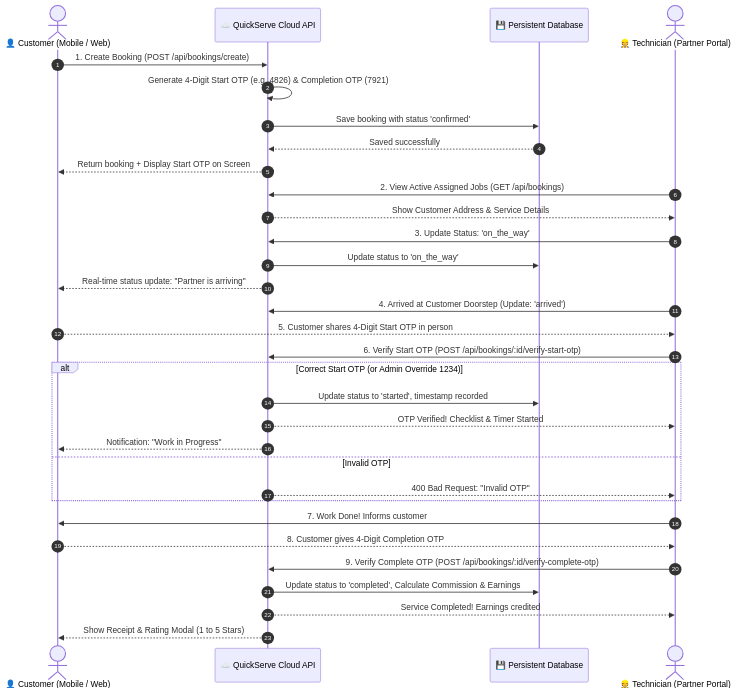
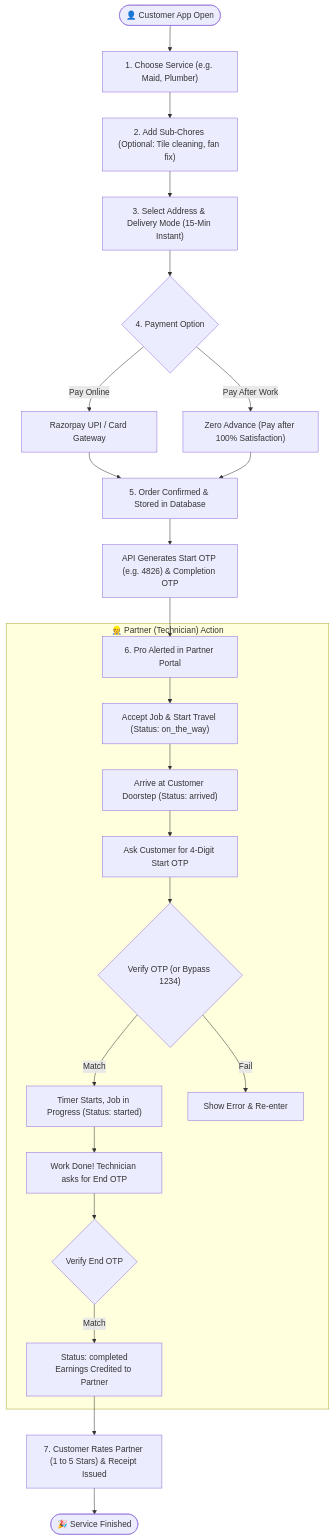
One commit to itssachin-385/QuickServe changed the second of 3 diagrams in QUICKSERVE_MASTER_HANDBOOK.md. Above: the diagram before and after it, drawn with Mermaid. The commit also changed other lines of this file and 4 other files, not shown here.

Commit message:
Fix auto-opening tracking modal on login and filter user bookings

````diff
--- a/QUICKSERVE_MASTER_HANDBOOK.md
+++ b/QUICKSERVE_MASTER_HANDBOOK.md
@@ -63,38 +74,29 @@
 ```mermaid
-sequenceDiagram
-    autonumber
-    actor Customer as 👤 Customer (Mobile / Web)
-    participant API as ☁️ QuickServe Cloud API
-    participant DB as 💾 Persistent Database
-    actor Partner as 👷 Technician (Partner Portal)
+flowchart TD
+    Start(["👤 Customer App Open"]) --> ChooseCat["1. Choose Service (e.g. Maid, Plumber)"]
+    ChooseCat --> StackChores["2. Add Sub-Chores (Optional: Tile cleaning, fan fix)"]
+    StackChores --> LocSelect["3. Select Address & Delivery Mode (15-Min Instant)"]
+    LocSelect --> PaySelect{"4. Payment Option"}
+    PaySelect -->|Pay Online| Razorpay["Razorpay UPI / Card Gateway"]
+    PaySelect -->|Pay After Work| ZeroAdv["Zero Advance (Pay after 100% Satisfaction)"]
+    Razorpay --> BkConfirmed["5. Order Confirmed & Stored in Database"]
+    ZeroAdv --> BkConfirmed
 
-    Customer->>API: 1. Create Booking (POST /api/bookings/create)
-    API->>API: Generate 4-Digit Start OTP (e.g. 4826) & Completion OTP (7921)
-    API->>DB: Save booking with status 'confirmed'
-    DB-->>API: Saved successfully
-    API-->>Customer: Return booking + Display Start OTP on Screen
-
-    Partner->>API: 2. View Active Assigned Jobs (GET /api/bookings)
-    API-->>Partner: Show Customer Address & Service Details
-    Partner->>API: 3. Update Status: 'on_the_way'
-    API->>DB: Update status to 'on_the_way'
-    API-->>Customer: Real-time status update: "Partner is arriving"
-
-    Partner->>API: 4. Arrived at Customer Doorstep (Update: 'arrived')
-    Customer-->>Partner: 5. Customer shares 4-Digit Start OTP in person
-    Partner->>API: 6. Verify Start OTP (POST /api/bookings/:id/verify-start-otp)
-    alt Correct Start OTP (or Admin Override 1234)
-        API->>DB: Update status to 'started', timestamp recorded
-        API-->>Partner: OTP Verified! Checklist & Timer Started
-        API-->>Customer: Notification: "Work in Progress"
-    else Invalid OTP
-        API-->>Partner: 400 Bad Request: "Invalid OTP"
+    BkConfirmed --> GenOTP["API Generates Start OTP (e.g. 4826) & Completion OTP"]
+    GenOTP --> AlertPro["6. Pro Alerted in Partner Portal"]
+    
+    subgraph PartnerFlow["👷 Partner (Technician) Action"]
+        AlertPro --> AcceptJob["Accept Job & Start Travel (Status: on_the_way)"]
+        AcceptJob --> ReachHome["Arrive at Customer Doorstep (Status: arrived)"]
+        ReachHome --> AskStartOTP["Ask Customer for 4-Digit Start OTP"]
+        AskStartOTP --> VerifyStart{"Verify OTP (or Bypass 1234)"}
+        VerifyStart -->|Match| StartJob["Timer Starts, Job in Progress (Status: started)"]
+        VerifyStart -->|Fail| RetryOTP["Show Error & Re-enter"]
+        StartJob --> FinishWork["Work Done! Technician asks for End OTP"]
+        FinishWork --> VerifyEnd{"Verify End OTP"}
+        VerifyEnd -->|Match| JobComplete["Status: completed\nEarnings Credited to Partner"]
     end
 
-    Partner->>Customer: 7. Work Done! Informs customer
-    Customer-->>Partner: 8. Customer gives 4-Digit Completion OTP
-    Partner->>API: 9. Verify Complete OTP (POST /api/bookings/:id/verify-complete-otp)
-    API->>DB: Update status to 'completed', Calculate Commission & Earnings
-    API-->>Partner: Service Completed! Earnings credited
-    API-->>Customer: Show Receipt & Rating Modal (1 to 5 Stars)
+    JobComplete --> CustFeedback["7. Customer Rates Partner (1 to 5 Stars) & Receipt Issued"]
+    CustFeedback --> Finish(["🎉 Service Finished"])
 ```
````
